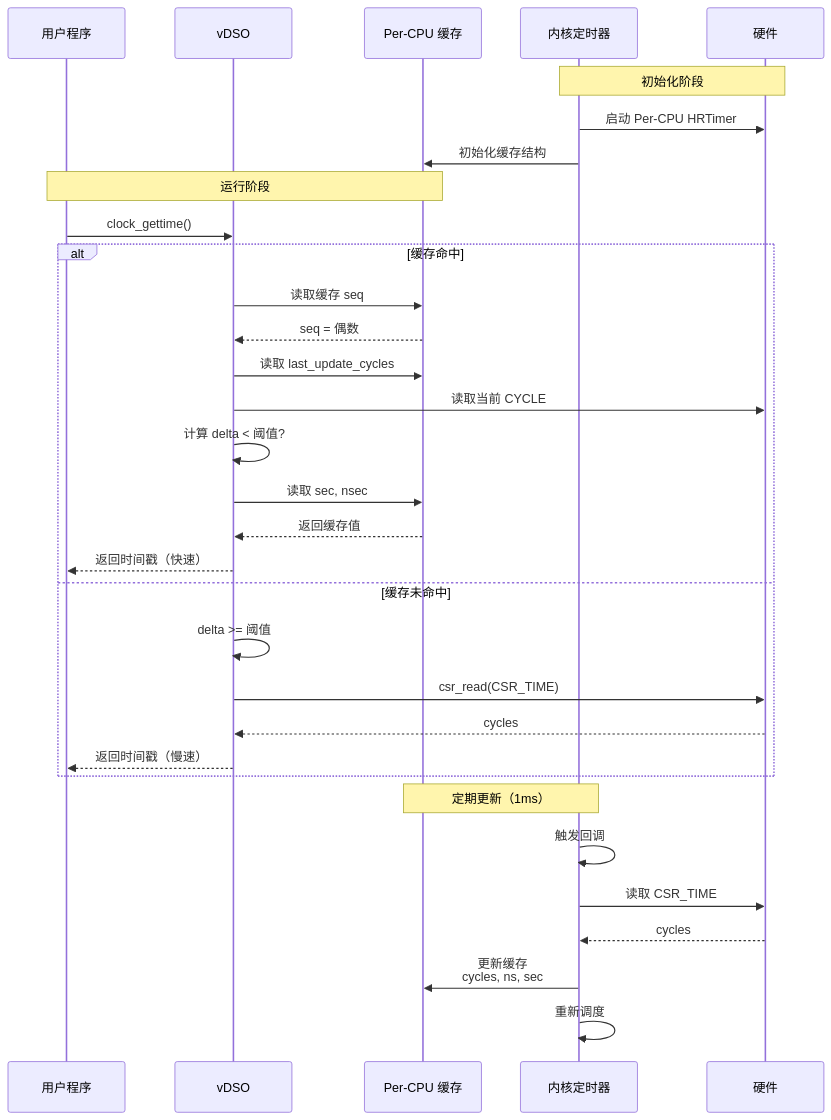
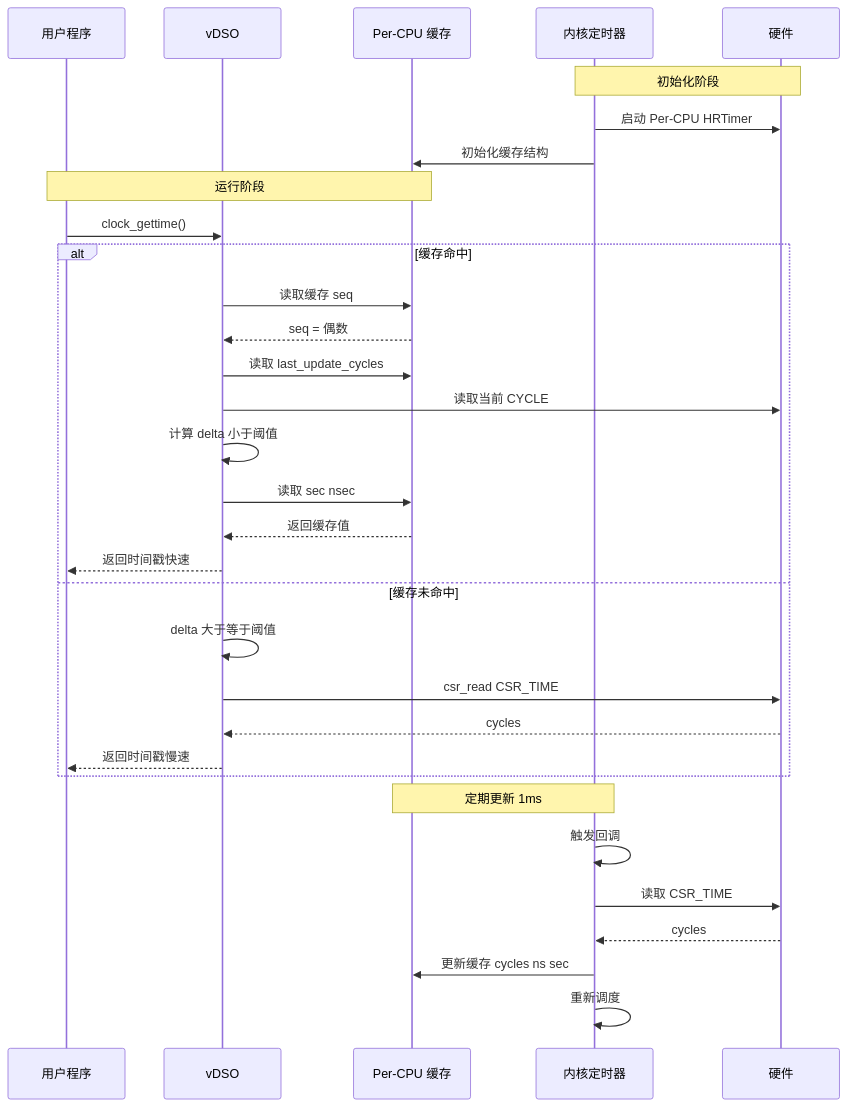
The seventh of 8 diagrams in kernel/vdso/res/cc-glm/use-subagents/RISC-V_vDSO_时间戳缓存优化方案_完整版.md (zcxGGmu/linux-riscv-docs), drawn with Mermaid before and after one commit. The commit also changed other lines of this file, not shown here.

First line of the commit message:
docs: fix Mermaid diagrams for GitHub compatibility

````diff
--- a/kernel/vdso/res/cc-glm/use-subagents/RISC-V_vDSO_时间戳缓存优化方案_完整版.md
+++ b/kernel/vdso/res/cc-glm/use-subagents/RISC-V_vDSO_时间戳缓存优化方案_完整版.md
@@ -1582,38 +1582,38 @@
 ```mermaid
 sequenceDiagram
     participant App as 用户程序
     participant VDSO as vDSO
     participant Cache as Per-CPU 缓存
     participant Timer as 内核定时器
     participant HW as 硬件
 
     Note over Timer,HW: 初始化阶段
     Timer->>HW: 启动 Per-CPU HRTimer
     Timer->>Cache: 初始化缓存结构
 
     Note over App,Cache: 运行阶段
     App->>VDSO: clock_gettime()
 
     alt 缓存命中
         VDSO->>Cache: 读取缓存 seq
         Cache-->>VDSO: seq = 偶数
         VDSO->>Cache: 读取 last_update_cycles
         VDSO->>HW: 读取当前 CYCLE
-        VDSO->>VDSO: 计算 delta < 阈值?
-        VDSO->>Cache: 读取 sec, nsec
+        VDSO->>VDSO: 计算 delta 小于阈值
+        VDSO->>Cache: 读取 sec nsec
         Cache-->>VDSO: 返回缓存值
-        VDSO-->>App: 返回时间戳（快速）
+        VDSO-->>App: 返回时间戳快速
     else 缓存未命中
-        VDSO->>VDSO: delta >= 阈值
-        VDSO->>HW: csr_read(CSR_TIME)
+        VDSO->>VDSO: delta 大于等于阈值
+        VDSO->>HW: csr_read CSR_TIME
         HW-->>VDSO: cycles
-        VDSO-->>App: 返回时间戳（慢速）
+        VDSO-->>App: 返回时间戳慢速
     end
 
-    Note over Timer,Cache: 定期更新（1ms）
+    Note over Timer,Cache: 定期更新 1ms
     Timer->>Timer: 触发回调
     Timer->>HW: 读取 CSR_TIME
     HW-->>Timer: cycles
-    Timer->>Cache: 更新缓存<br/>cycles, ns, sec
+    Timer->>Cache: 更新缓存 cycles ns sec
     Timer->>Timer: 重新调度
 ```
````
